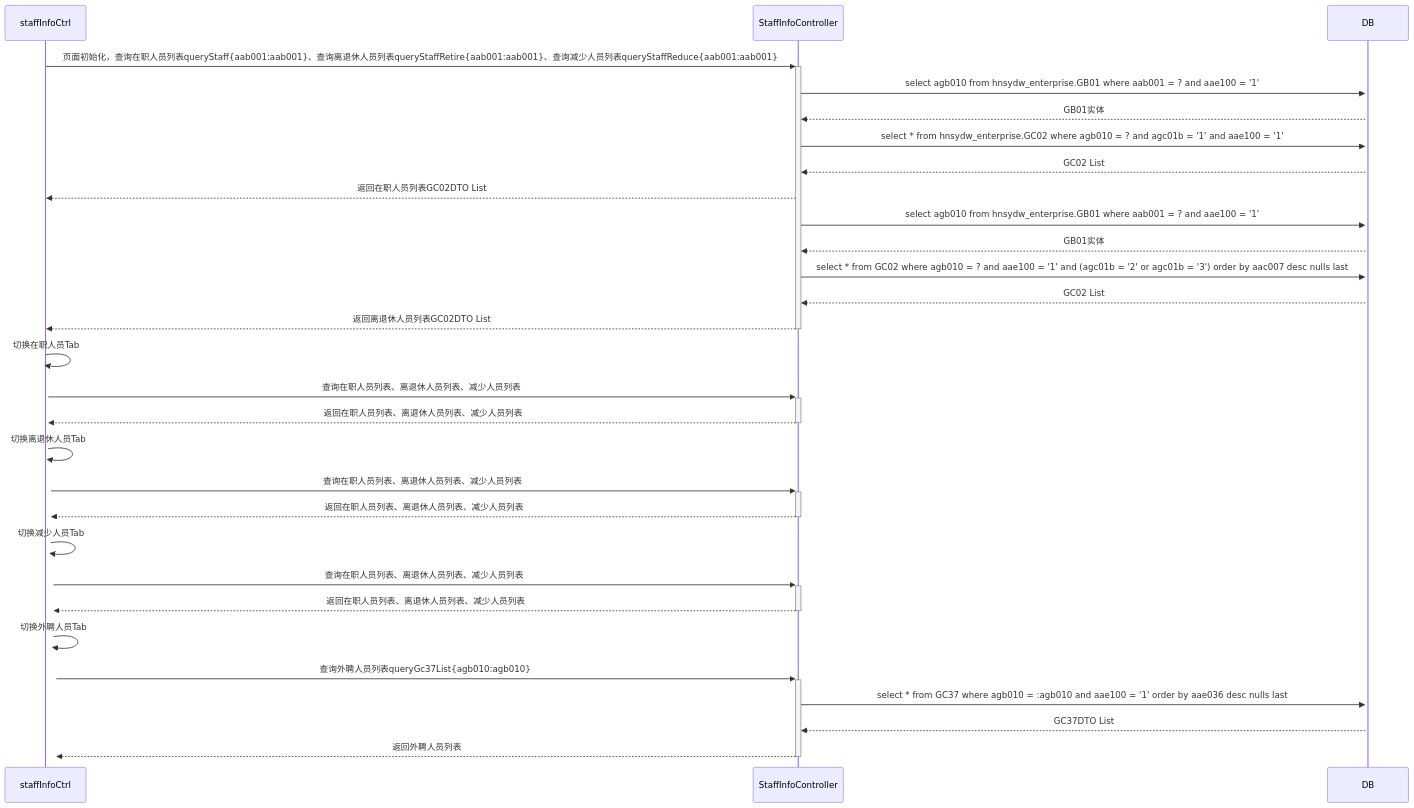
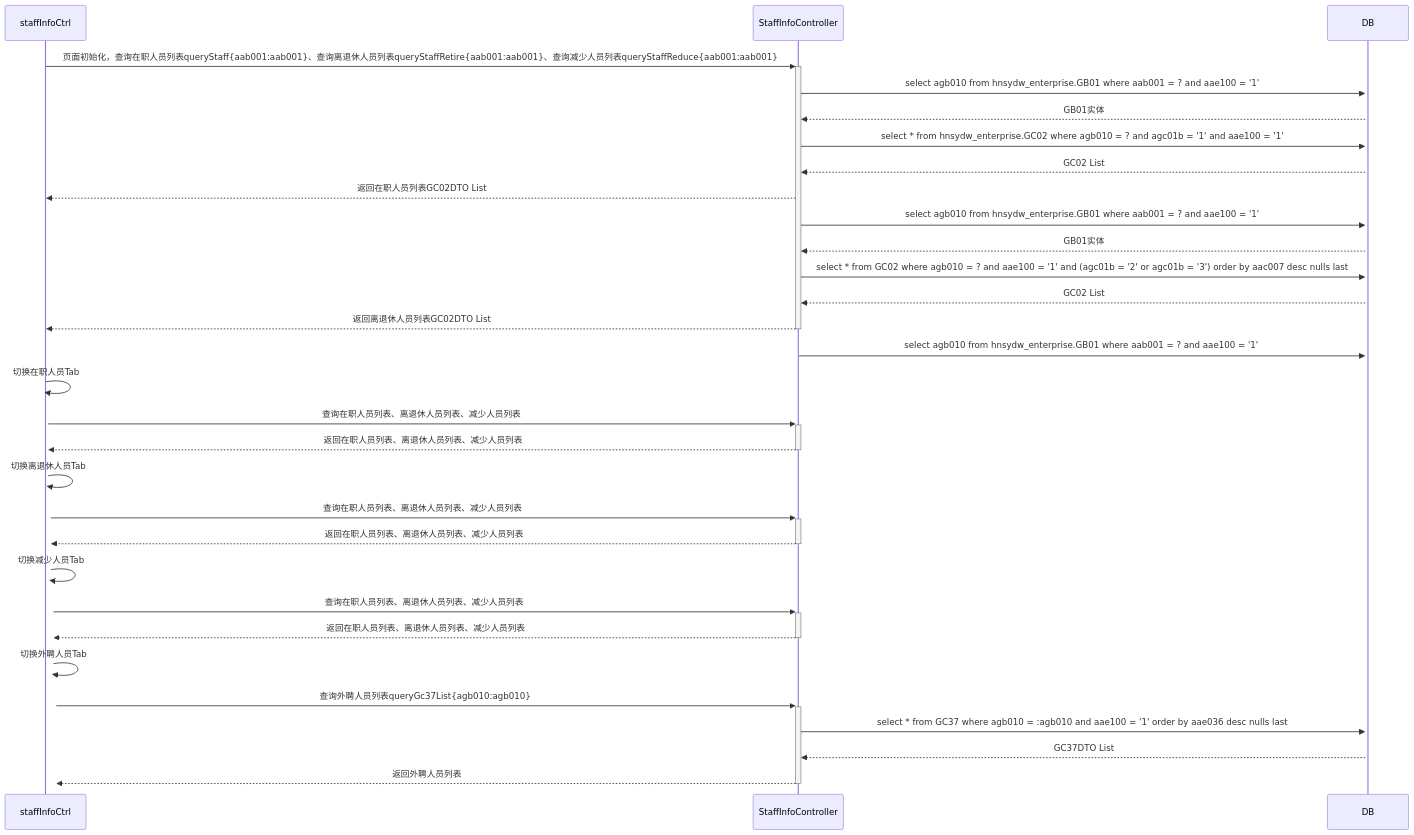
Before and after one commit to ZhangJianBeiJing/iodraw-files: the diagram in all/人员基本信息初始化页面多Tab调用业务流程.md, drawn with Mermaid.

Commit message:
2025-03-25 10:55:44 update

````diff
--- a/all/人员基本信息初始化页面多Tab调用业务流程.md
+++ b/all/人员基本信息初始化页面多Tab调用业务流程.md
@@ -1,37 +1,37 @@
 ```mermaid
 sequenceDiagram
     staffInfoCtrl->>+StaffInfoController: 页面初始化，查询在职人员列表queryStaff{aab001:aab001}、查询离退休人员列表queryStaffRetire{aab001:aab001}、查询减少人员列表queryStaffReduce{aab001:aab001}
     
     StaffInfoController->>+DB:select agb010 from hnsydw_enterprise.GB01 where aab001 = ? and aae100 = '1'
     DB-->>StaffInfoController:GB01实体
     StaffInfoController->>+DB:select * from hnsydw_enterprise.GC02 where agb010 = ? and agc01b = '1' and aae100 = '1'
     DB-->>StaffInfoController:GC02 List
     StaffInfoController-->>staffInfoCtrl:返回在职人员列表GC02DTO List
     
     StaffInfoController->>+DB:select agb010 from hnsydw_enterprise.GB01 where aab001 = ? and aae100 = '1'
     DB-->>StaffInfoController:GB01实体
     StaffInfoController->>+DB:select * from GC02 where agb010 = ? and aae100 = '1' and (agc01b = '2' or agc01b = '3') order by aac007 desc nulls last 
     DB-->>StaffInfoController:GC02 List
     StaffInfoController-->>-staffInfoCtrl:返回离退休人员列表GC02DTO List
 
-    %% StaffInfoController->>+DB:select agb010 from hnsydw_enterprise.GB01 where aab001 = ? and aae100 = '1'
+    StaffInfoController->>+DB:select agb010 from hnsydw_enterprise.GB01 where aab001 = ? and aae100 = '1'
     %% DB-->>StaffInfoController:GB01实体
     %% StaffInfoController->>+DB:select * from GC02 where agb010 = ? and aae100 = '0' order by agc025 desc nulls last 
     %% DB-->>StaffInfoController:GC02 List
     %% StaffInfoController-->>-staffInfoCtrl:返回减少人员列表GC02DTO List
 
     staffInfoCtrl->>+staffInfoCtrl:切换在职人员Tab
     staffInfoCtrl->>+StaffInfoController:查询在职人员列表、离退休人员列表、减少人员列表
     StaffInfoController-->>-staffInfoCtrl:返回在职人员列表、离退休人员列表、减少人员列表
     staffInfoCtrl->>+staffInfoCtrl:切换离退休人员Tab
     staffInfoCtrl->>+StaffInfoController:查询在职人员列表、离退休人员列表、减少人员列表
     StaffInfoController-->>-staffInfoCtrl:返回在职人员列表、离退休人员列表、减少人员列表
     staffInfoCtrl->>+staffInfoCtrl:切换减少人员Tab
     staffInfoCtrl->>+StaffInfoController:查询在职人员列表、离退休人员列表、减少人员列表
     StaffInfoController-->>-staffInfoCtrl:返回在职人员列表、离退休人员列表、减少人员列表
     staffInfoCtrl->>+staffInfoCtrl:切换外聘人员Tab
     staffInfoCtrl->>+StaffInfoController:查询外聘人员列表queryGc37List{agb010:agb010}
     StaffInfoController->>+DB:select * from GC37 where agb010 = :agb010 and aae100 = '1' order by aae036 desc nulls last
     DB-->>StaffInfoController:GC37DTO List 
     StaffInfoController-->>-staffInfoCtrl:返回外聘人员列表
 ```
````
